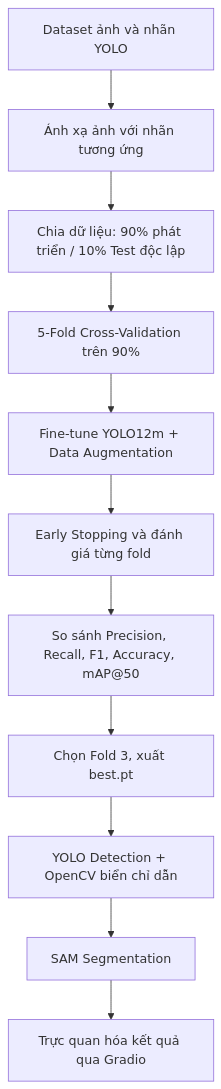
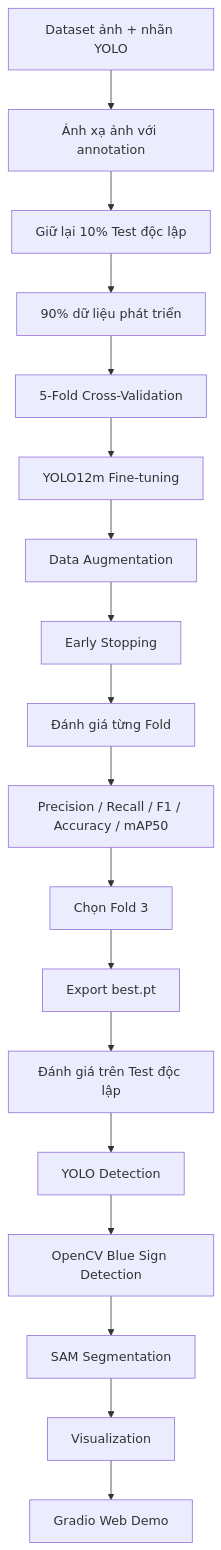
Before and after one commit to Julia-Yen/traffic-sign-detection: the diagram in README.md, drawn with Mermaid. The commit also changed other lines of this file, not shown here.

````diff
--- a/README.md
+++ b/README.md
@@ -59,13 +82,20 @@
 ```mermaid
 flowchart TD
-    A[Dataset ảnh và nhãn YOLO] --> B[Ánh xạ ảnh với nhãn tương ứng]
-    B --> C[Chia dữ liệu: 90% phát triển / 10% Test độc lập]
-    C --> D[5-Fold Cross-Validation trên 90%]
-    D --> E[Fine-tune YOLO12m + Data Augmentation]
-    E --> F[Early Stopping và đánh giá từng fold]
-    F --> G[So sánh Precision, Recall, F1, Accuracy, mAP@50]
-    G --> H[Chọn Fold 3, xuất best.pt]
-    H --> I[YOLO Detection + OpenCV biển chỉ dẫn]
-    I --> J[SAM Segmentation]
-    J --> K[Trực quan hóa kết quả qua Gradio]
+    A[Dataset ảnh + nhãn YOLO] --> B[Ánh xạ ảnh với annotation]
+    B --> C[Giữ lại 10% Test độc lập]
+    C --> D[90% dữ liệu phát triển]
+    D --> E[5-Fold Cross-Validation]
+    E --> F[YOLO12m Fine-tuning]
+    F --> G[Data Augmentation]
+    G --> H[Early Stopping]
+    H --> I[Đánh giá từng Fold]
+    I --> J[Precision / Recall / F1 / Accuracy / mAP50]
+    J --> K[Chọn Fold 3]
+    K --> L[Export best.pt]
+    L --> M[Đánh giá trên Test độc lập]
+    M --> N[YOLO Detection]
+    N --> O[OpenCV Blue Sign Detection]
+    O --> P[SAM Segmentation]
+    P --> Q[Visualization]
+    Q --> R[Gradio Web Demo]
 ```
````
